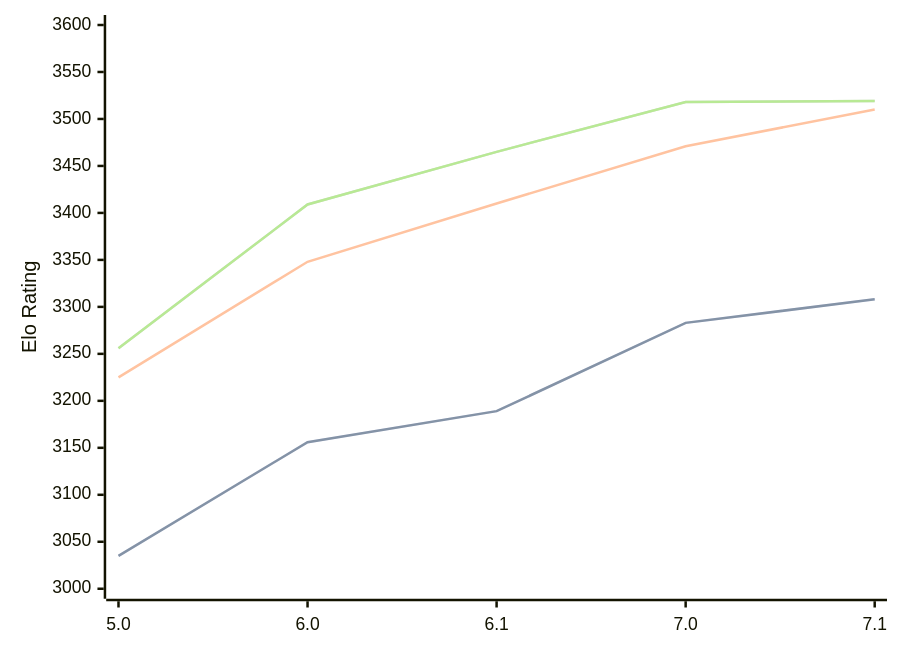
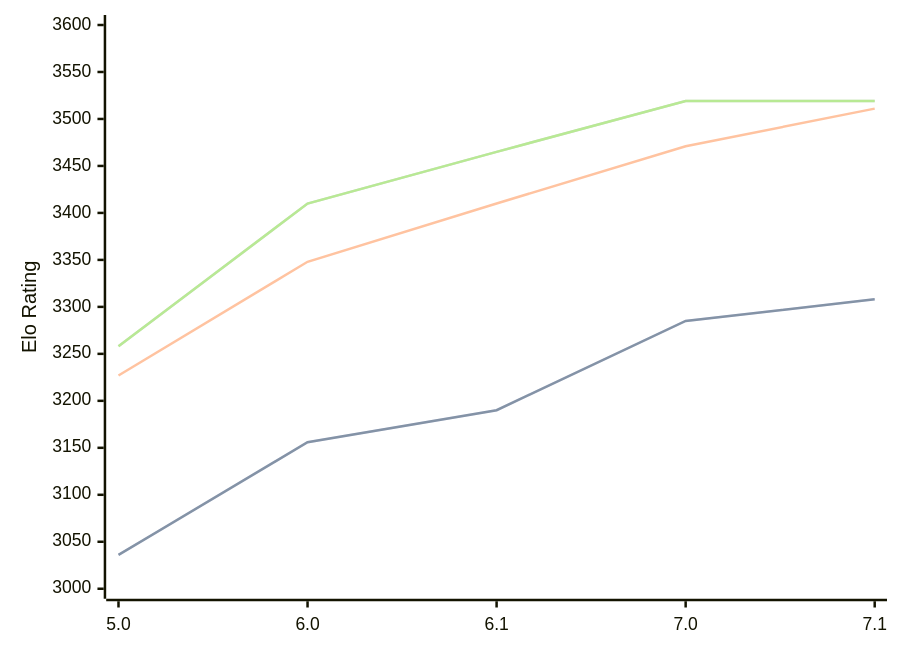
The diagram in engines/PZChessBot.md (computer-chess-index/cci), drawn with Mermaid before and after one commit. The commit also changed other lines of this file, not shown here.

Commit message:
Update CCI Ratings (ELO VLTC) - 2026-07-24

````diff
--- a/engines/PZChessBot.md
+++ b/engines/PZChessBot.md
@@ -44,11 +44,11 @@
 ```mermaid
 %%{init: {"theme":"base","themeVariables":{"seriesColors:['#a3a3a3','#222221','#faa371']}}}%%
 xychart-beta
   x-axis ["5.0", "6.0", "6.1", "7.0", "7.1"]
   y-axis "Elo Rating" 3000 --> 3600
-  line "STC (8.0+0.08s)" [3035, 3156, 3189, 3283, 3308]
-  line "STC (8.0+0.08s)" [3035, 3156, 3189, 3283, 3308]
-  line "LTC (60.0+0.60s)" [3225, 3348, 3410, 3471, 3510]
-  line "VLTC (2m24s+1.12s)" [3256, 3409, 3465, 3518, 3519]
-  line "VLTC (2m24s+1.12s)" [3256, 3409, 3465, 3518, 3519]
+  line "STC (8.0+0.08s)" [3036, 3156, 3190, 3285, 3308]
+  line "STC (8.0+0.08s)" [3036, 3156, 3190, 3285, 3308]
+  line "LTC (60.0+0.60s)" [3227, 3348, 3410, 3471, 3511]
+  line "VLTC (2m24s+1.12s)" [3258, 3410, 3465, 3519, 3519]
+  line "VLTC (2m24s+1.12s)" [3258, 3410, 3465, 3519, 3519]
 ```
````
